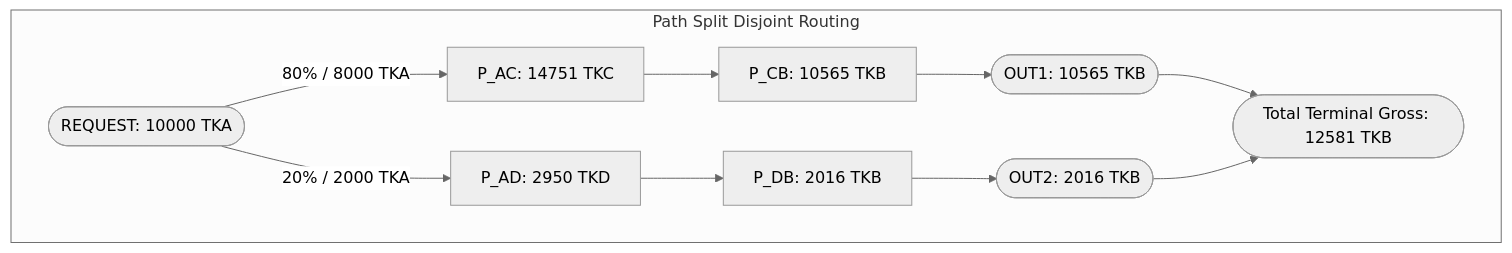
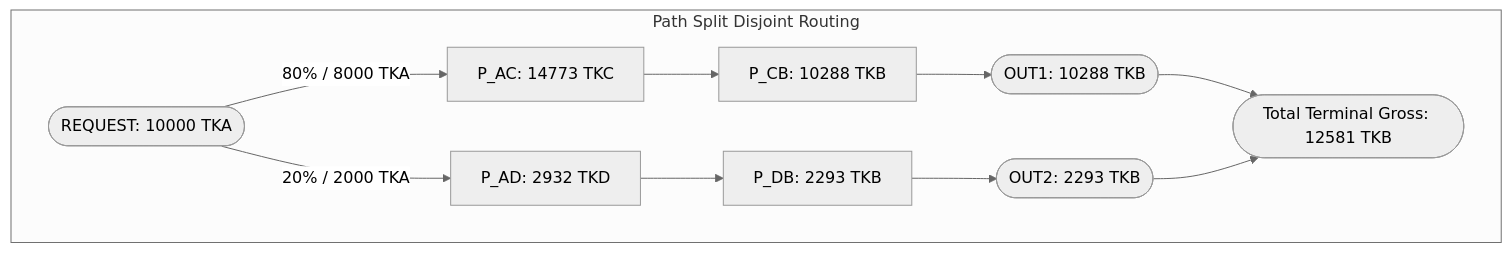
Before and after one commit to Whisker17/router-algorithms-optimizer: the fifth of 7 diagrams in docs/references/routing-algorithms.md, drawn with Mermaid (neutral theme). The commit also changed other lines of this file and 2 other files, not shown here.

````diff
--- a/docs/references/routing-algorithms.md
+++ b/docs/references/routing-algorithms.md
@@ -455,13 +501,13 @@
 ```mermaid
 flowchart TD
     subgraph Path Split Disjoint Routing
-        In([REQUEST: 10000 TKA]) -->|80% / 8000 TKA| P1[P_AC: 14751 TKC]
-        P1 --> P2[P_CB: 10565 TKB]
-        In -->|20% / 2000 TKA| P3[P_AD: 2950 TKD]
-        P3 --> P4[P_DB: 2016 TKB]
-        P2 --> OUT1([OUT1: 10565 TKB])
-        P4 --> OUT2([OUT2: 2016 TKB])
+        In([REQUEST: 10000 TKA]) -->|80% / 8000 TKA| P1[P_AC: 14773 TKC]
+        P1 --> P2[P_CB: 10288 TKB]
+        In -->|20% / 2000 TKA| P3[P_AD: 2932 TKD]
+        P3 --> P4[P_DB: 2293 TKB]
+        P2 --> OUT1([OUT1: 10288 TKB])
+        P4 --> OUT2([OUT2: 2293 TKB])
         OUT1 --> Tot([Total Terminal Gross: 12581 TKB])
         OUT2 --> Tot
     end
 ```
````
